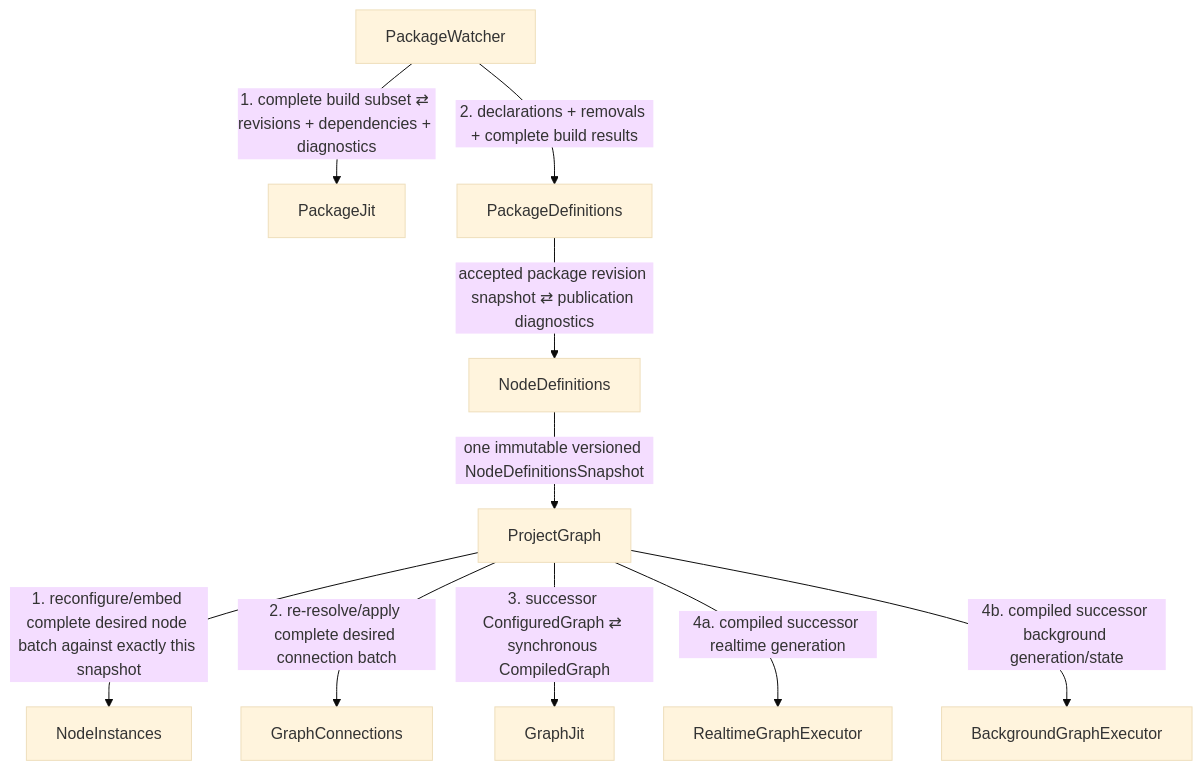
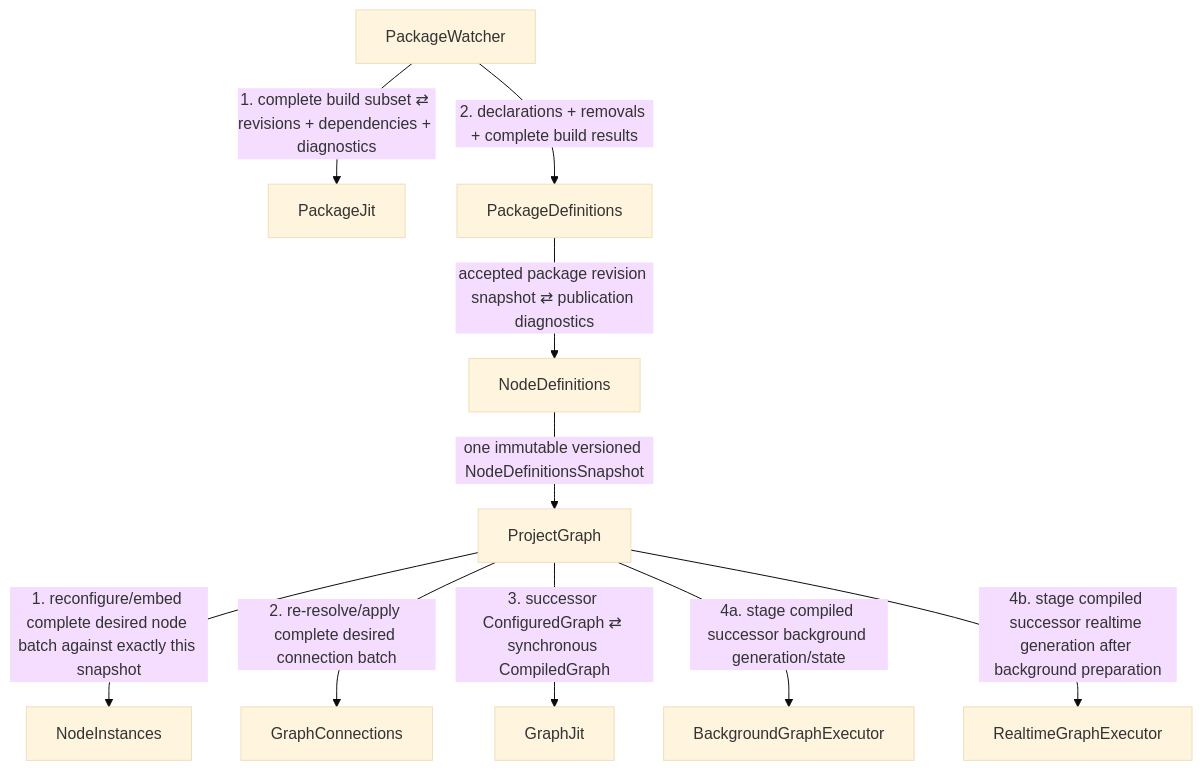
The first of 4 diagrams in docs/event_flows/package_refresh.md (ljleb/intravenous), drawn with Mermaid (base theme) before and after one commit. The commit also changed other lines of this file and 12 other files, not shown here.

````diff
--- a/docs/event_flows/package_refresh.md
+++ b/docs/event_flows/package_refresh.md
@@ -13,24 +13,24 @@
 ```mermaid
 flowchart TD
     PW["PackageWatcher"]
     PJ["PackageJit"]
     PD["PackageDefinitions"]
     ND["NodeDefinitions"]
     PG["ProjectGraph"]
     NI["NodeInstances"]
     GC["GraphConnections"]
     GJ["GraphJit"]
     RGE["RealtimeGraphExecutor"]
     BGE["BackgroundGraphExecutor"]
 
     PW -->|"1. complete build subset ⇄ revisions + dependencies + diagnostics"| PJ
     PW -->|"2. declarations + removals + complete build results"| PD
     PD -->|"accepted package revision snapshot ⇄ publication diagnostics"| ND
     ND -->|"one immutable versioned NodeDefinitionsSnapshot"| PG
 
     PG -->|"1. reconfigure/embed complete desired node batch against exactly this snapshot"| NI
     PG -->|"2. re-resolve/apply complete desired connection batch"| GC
     PG -->|"3. successor ConfiguredGraph ⇄ synchronous CompiledGraph"| GJ
-    PG -->|"4a. compiled successor realtime generation"| RGE
-    PG -->|"4b. compiled successor background generation/state"| BGE
+    PG -->|"4a. stage compiled successor background generation/state"| BGE
+    PG -->|"4b. stage compiled successor realtime generation after background preparation"| RGE
 ```
````
